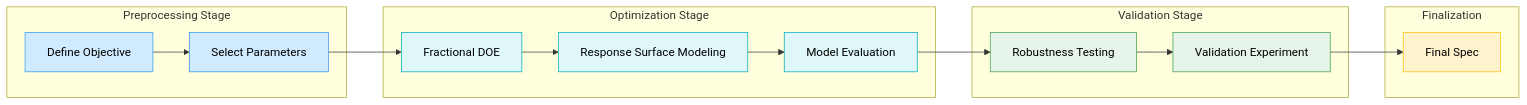
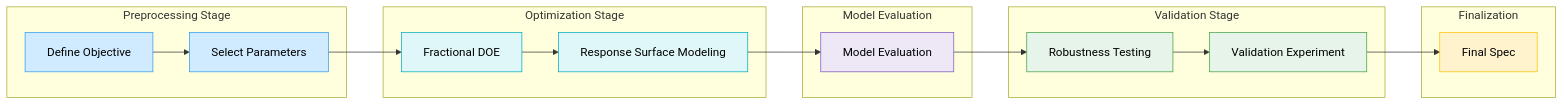
The first of 2 diagrams in README.md (df-lee/icpack-doe-cropping-opt), drawn with Mermaid before and after one commit. The commit also changed other lines of this file, not shown here.

````diff
--- a/README.md
+++ b/README.md
@@ -5,47 +5,55 @@
 ```mermaid
 flowchart LR
     %% === Nodes ===
     A1[Define Objective]
     A2[Select Parameters]
 
     B1[Fractional DOE]
     B3[Response Surface Modeling]
-    B4[Model Evaluation]
+
+    E1[Model Evaluation]
 
     C1[Robustness Testing]
     C2[Validation Experiment]
 
     D1[Final Spec]
 
     %% === Structure ===
     subgraph Preprocessing Stage
         A1 --> A2
     end
 
     subgraph Optimization Stage
-        B1 --> B3 --> B4
+        B1 --> B3
+    end
+
+    subgraph Model Evaluation
+        E1
     end
 
     subgraph Validation Stage
         C1 --> C2
     end
 
     subgraph Finalization
         D1
     end
 
     A2 --> B1
-    B4 --> C1
+    B3 --> E1
+    E1 --> C1
     C2 --> D1
 
     %% === Styling ===
     classDef preprocess fill:#d0ebff,stroke:#339af0,color:#000;
     classDef optimize fill:#e0f7fa,stroke:#00acc1,color:#000;
+    classDef evaluate fill:#ede7f6,stroke:#7e57c2,color:#000;
     classDef validate fill:#e6f4ea,stroke:#43a047,color:#000;
     classDef finalize fill:#fff3cd,stroke:#ffc107,color:#000;
 
     class A1,A2 preprocess;
-    class B1,B3,B4 optimize;
+    class B1,B3 optimize;
+    class E1 evaluate;
     class C1,C2 validate;
     class D1 finalize;
 ```
````
